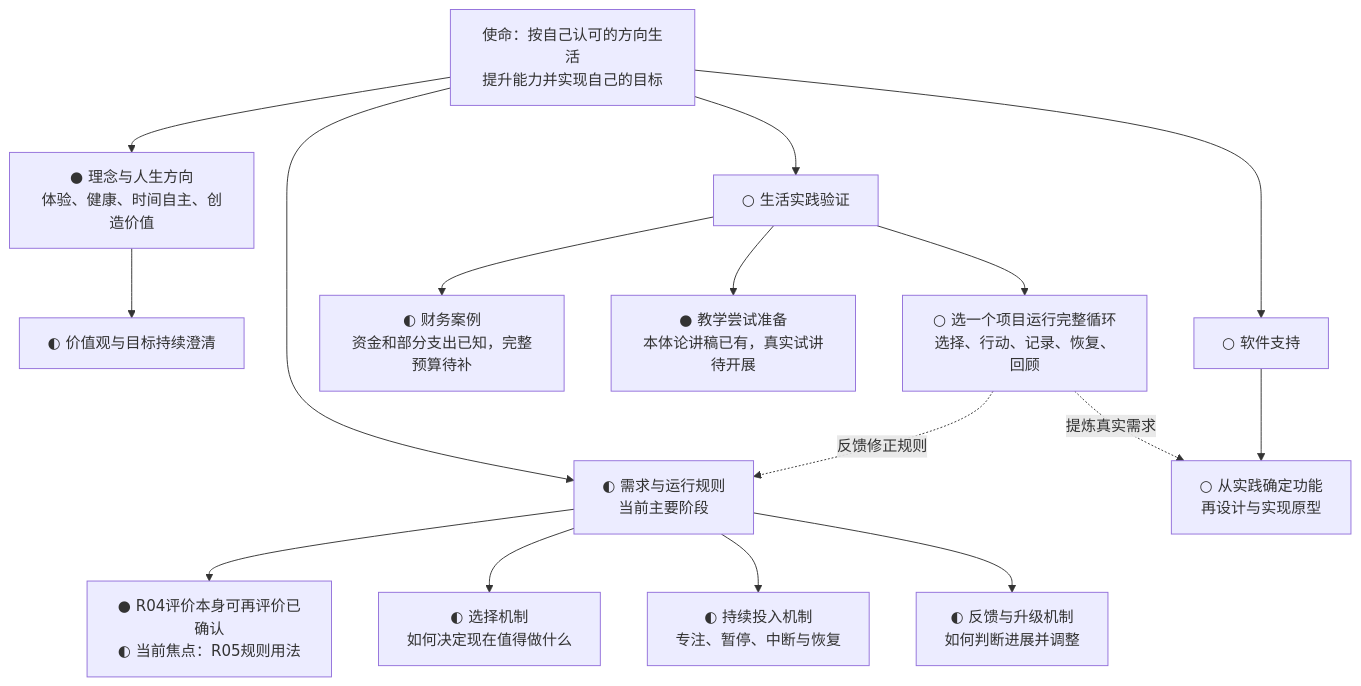
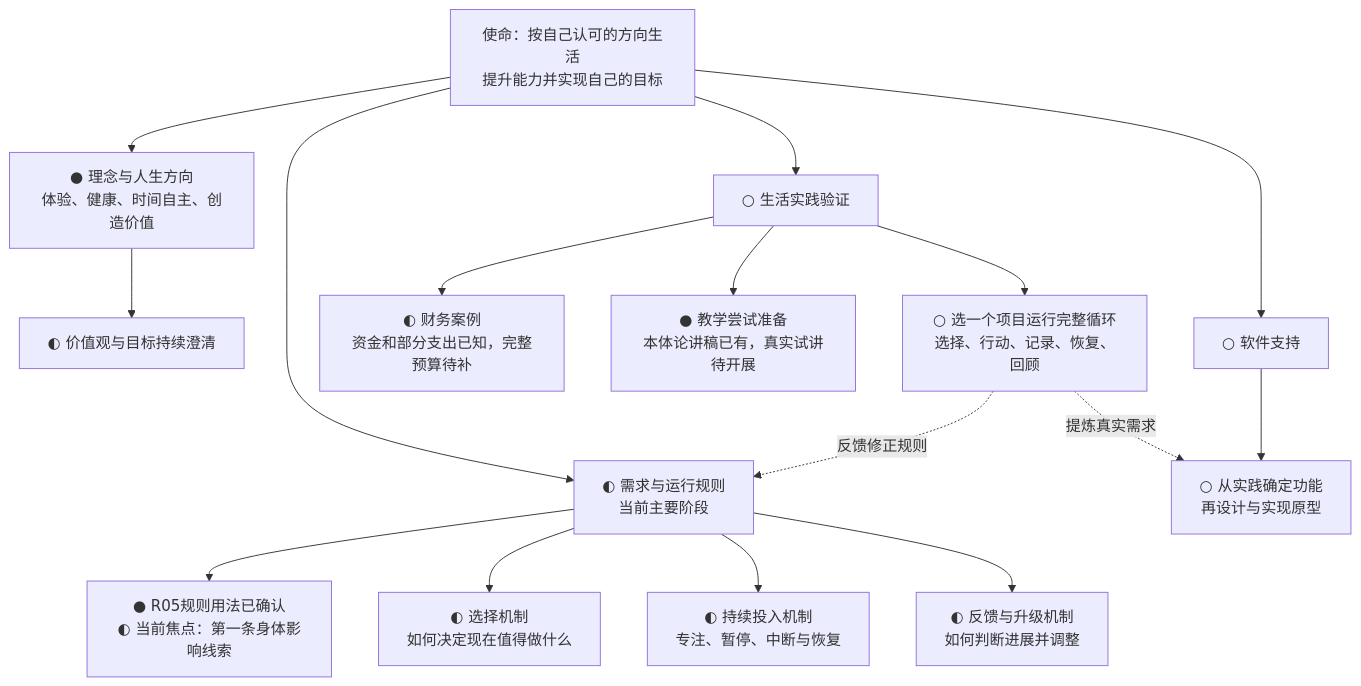
The first of 2 diagrams in 项目/人生飞轮/项目推进图.md (fangjiaqi2023-jpg/life-flywheel), drawn with Mermaid before and after one commit. The commit also changed other lines of this file, not shown here.

````diff
--- a/项目/人生飞轮/项目推进图.md
+++ b/项目/人生飞轮/项目推进图.md
@@ -11,22 +11,22 @@
 ```mermaid
 flowchart TD
     M[使命：按自己认可的方向生活<br/>提升能力并实现自己的目标]
     M --> A[● 理念与人生方向<br/>体验、健康、时间自主、创造价值]
     M --> B[◐ 需求与运行规则<br/>当前主要阶段]
     M --> C[○ 生活实践验证]
     M --> D[○ 软件支持]
 
     A --> A1[◐ 价值观与目标持续澄清]
-    B --> B0[● R04评价本身可再评价已确认<br/>◐ 当前焦点：R05规则用法]
+    B --> B0[● R05规则用法已确认<br/>◐ 当前焦点：第一条身体影响线索]
     B --> B1[◐ 选择机制<br/>如何决定现在值得做什么]
     B --> B2[◐ 持续投入机制<br/>专注、暂停、中断与恢复]
     B --> B3[◐ 反馈与升级机制<br/>如何判断进展并调整]
 
     C --> C1[◐ 财务案例<br/>资金和部分支出已知，完整预算待补]
     C --> C2[● 教学尝试准备<br/>本体论讲稿已有，真实试讲待开展]
     C --> C3[○ 选一个项目运行完整循环<br/>选择、行动、记录、恢复、回顾]
     D --> D1[○ 从实践确定功能<br/>再设计与实现原型]
 
     C3 -.反馈修正规则.-> B
     C3 -.提炼真实需求.-> D1
 ```
````
